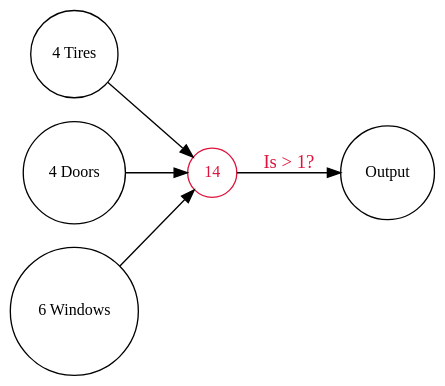
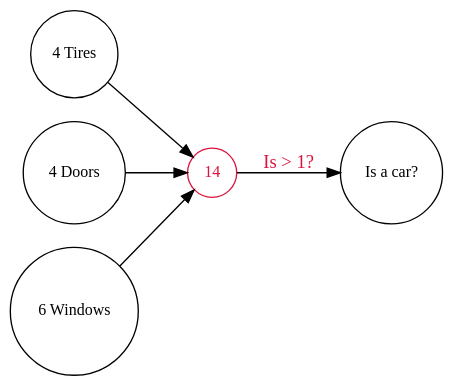
One commit to sethfair/deep-learning-presentation changed the diagram in dot/5_1.dot. Above: the diagram before and after it, drawn with Graphviz.

```diff
--- a/dot/5_1.dot
+++ b/dot/5_1.dot
@@ -1,15 +1,15 @@
 digraph {
     graph [fontname = "Handlee"];
     node [fontname = "Handlee"];
     edge [fontname = "Handlee"];
     bgcolor=transparent;
     splines=line
     rankdir=LR;
     node [shape="circle", fontsize=12];
     "4 Tires" -> "14";
     "4 Doors" -> "14";
     "6 Windows" -> "14";
-    "14" -> "Output" [label="Is > 1?", fontcolor="crimson"];
+    "14" -> "Is a car?" [label="Is > 1?", fontcolor="crimson"];
     
     "14" [color="crimson", fontcolor="crimson"]
 }
```
